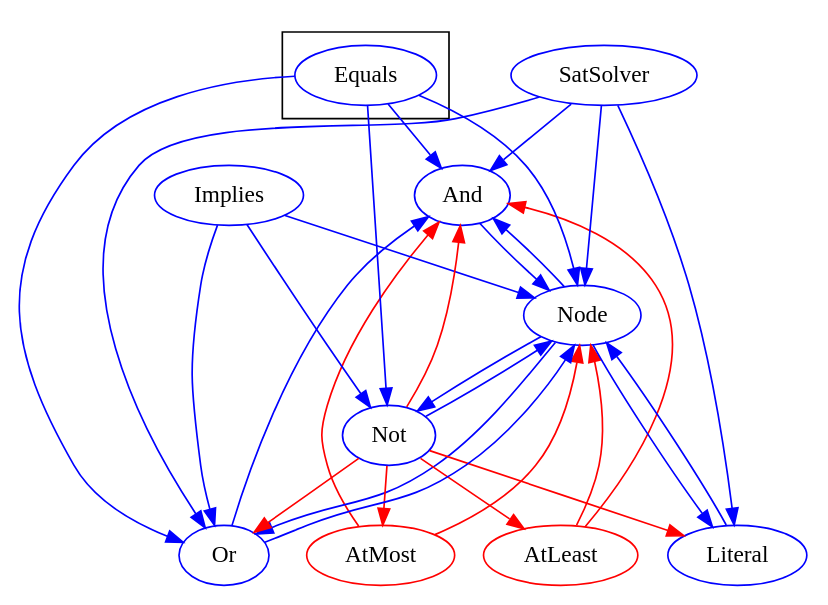
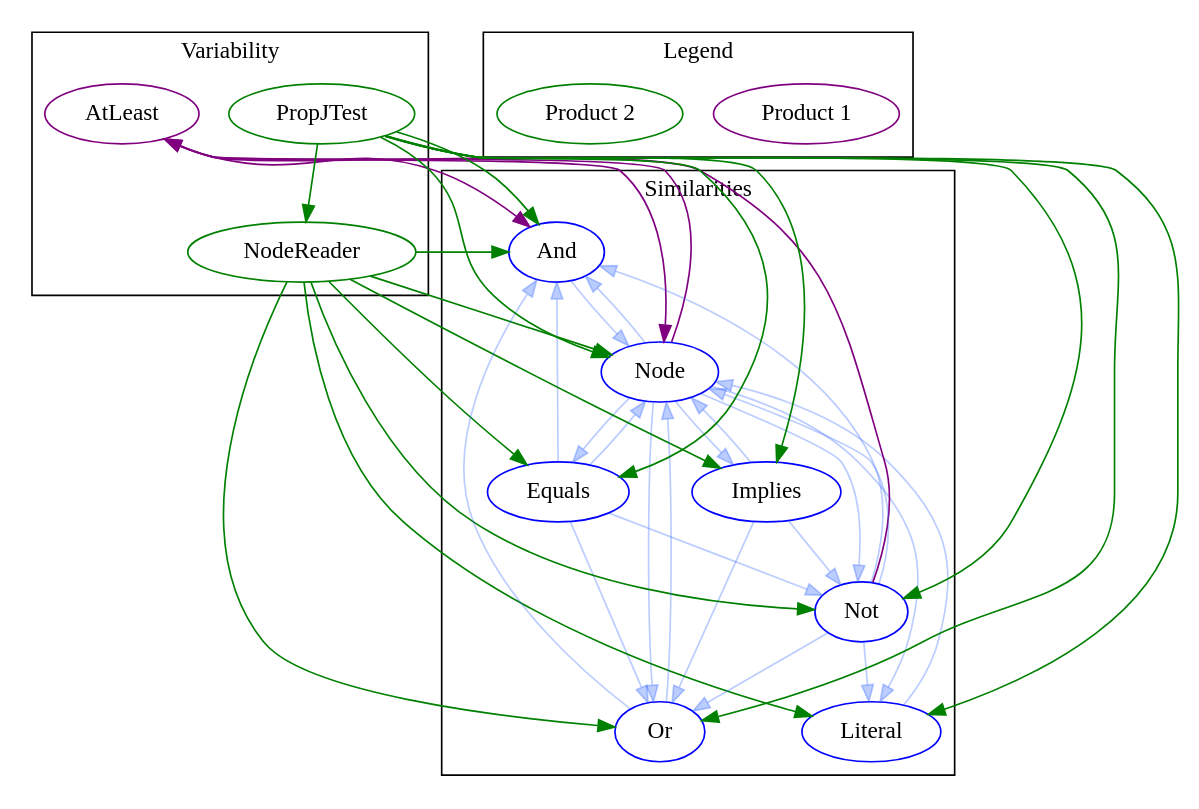
One commit to MPassos/PLAR-Tool changed the diagram in mergedproduct.dot. Above: the diagram before and after it, drawn with Graphviz. The commit also changed 7 other files, not shown here.

```diff
--- a/mergedproduct.dot
+++ b/mergedproduct.dot
@@ -1,45 +1,75 @@
 digraph G {
-size= "10,10";
+size= "17,17";
 rotate = 180;
 "And"[label="And",shape=ellipse,color=blue,fontcolor=black,style=""];
-"AtLeast"[label="AtLeast",shape=ellipse,color=red,fontcolor=black,style=""];
-"AtMost"[label="AtMost",shape=ellipse,color=red,fontcolor=black,style=""];
+"AtLeast"[label="AtLeast",shape=ellipse,color=purple,fontcolor=black,style=""];
 "Equals"[label="Equals",shape=ellipse,color=blue,fontcolor=black,style=""];
 "Implies"[label="Implies",shape=ellipse,color=blue,fontcolor=black,style=""];
 "Literal"[label="Literal",shape=ellipse,color=blue,fontcolor=black,style=""];
 "Node"[label="Node",shape=ellipse,color=blue,fontcolor=black,style=""];
+"NodeReader"[label="NodeReader",shape=ellipse,color=green,fontcolor=black,style=""];
 "Not"[label="Not",shape=ellipse,color=blue,fontcolor=black,style=""];
 "Or"[label="Or",shape=ellipse,color=blue,fontcolor=black,style=""];
-"SatSolver"[label="SatSolver",shape=ellipse,color=blue,fontcolor=black,style=""];
-"And" -> "Node" [color=blue,font=6];
-"AtLeast" -> "And" [color=red,font=6];
-"AtLeast" -> "Node" [color=red,font=6];
-"AtMost" -> "And" [color=red,font=6];
-"AtMost" -> "Node" [color=red,font=6];
-"Equals" -> "And" [color=blue,font=6];
-"Equals" -> "Node" [color=blue,font=6];
-"Equals" -> "Not" [color=blue,font=6];
-"Equals" -> "Or" [color=blue,font=6];
-"Implies" -> "Node" [color=blue,font=6];
-"Implies" -> "Not" [color=blue,font=6];
-"Implies" -> "Or" [color=blue,font=6];
-"Literal" -> "Node" [color=blue,font=6];
-"Node" -> "And" [color=blue,font=6];
-"Node" -> "Literal" [color=blue,font=6];
-"Node" -> "Not" [color=blue,font=6];
-"Node" -> "Or" [color=blue,font=6];
-"Not" -> "And" [color=red,font=6];
-"Not" -> "AtLeast" [color=red,font=6];
-"Not" -> "AtMost" [color=red,font=6];
-"Not" -> "Literal" [color=red,font=6];
-"Not" -> "Node" [color=blue,font=6];
-"Not" -> "Or" [color=red,font=6];
-"Or" -> "And" [color=blue,font=6];
-"Or" -> "Node" [color=blue,font=6];
-"SatSolver" -> "And" [color=blue,font=6];
-"SatSolver" -> "Literal" [color=blue,font=6];
-"SatSolver" -> "Node" [color=blue,font=6];
-"SatSolver" -> "Or" [color=blue,font=6];
+"PropJTest"[label="PropJTest",shape=ellipse,color=green,fontcolor=black,style=""];
+"And" -> "Node" [color="#3366FF55",font=6];
+"AtLeast" -> "And" [color=purple,font=6];
+"AtLeast" -> "Node" [color=purple,font=6];
+"Equals" -> "And" [color="#3366FF55",font=6];
+"Equals" -> "Node" [color="#3366FF55",font=6];
+"Equals" -> "Not" [color="#3366FF55",font=6];
+"Equals" -> "Or" [color="#3366FF55",font=6];
+"Implies" -> "Node" [color="#3366FF55",font=6];
+"Implies" -> "Not" [color="#3366FF55",font=6];
+"Implies" -> "Or" [color="#3366FF55",font=6];
+"Literal" -> "Node" [color="#3366FF55",font=6];
+"Node" -> "And" [color="#3366FF55",font=6];
+"Node" -> "AtLeast" [color=purple,font=6];
+"Node" -> "Equals" [color="#3366FF55",font=6];
+"Node" -> "Implies" [color="#3366FF55",font=6];
+"Node" -> "Literal" [color="#3366FF55",font=6];
+"Node" -> "Not" [color="#3366FF55",font=6];
+"Node" -> "Or" [color="#3366FF55",font=6];
+"NodeReader" -> "And" [color=green,font=6];
+"NodeReader" -> "Equals" [color=green,font=6];
+"NodeReader" -> "Implies" [color=green,font=6];
+"NodeReader" -> "Literal" [color=green,font=6];
+"NodeReader" -> "Node" [color=green,font=6];
+"NodeReader" -> "Not" [color=green,font=6];
+"NodeReader" -> "Or" [color=green,font=6];
+"Not" -> "And" [color="#3366FF55",font=6];
+"Not" -> "AtLeast" [color=purple,font=6];
+"Not" -> "Literal" [color="#3366FF55",font=6];
+"Not" -> "Node" [color="#3366FF55",font=6];
+"Not" -> "Or" [color="#3366FF55",font=6];
+"Or" -> "And" [color="#3366FF55",font=6];
+"Or" -> "Node" [color="#3366FF55",font=6];
+"PropJTest" -> "And" [color=green,font=6];
+"PropJTest" -> "Equals" [color=green,font=6];
+"PropJTest" -> "Implies" [color=green,font=6];
+"PropJTest" -> "Literal" [color=green,font=6];
+"PropJTest" -> "Node" [color=green,font=6];
+"PropJTest" -> "NodeReader" [color=green,font=6];
+"PropJTest" -> "Not" [color=green,font=6];
+"PropJTest" -> "Or" [color=green,font=6];
 subgraph cluster_0{
-"Equals"
-}}
+label = "Variability";
+"AtLeast";
+"NodeReader";
+"PropJTest";
+}
+subgraph cluster_1{
+label = "Similarities" ;
+"And";
+"Equals";
+"Implies";
+"Literal";
+"Node";
+"Not";
+"Or";
+}
+subgraph cluster_2{
+label = "Legend" ;
+"Product 1"[color=purple];
+ "Product 2"[color=green];
+ }
+}
```
